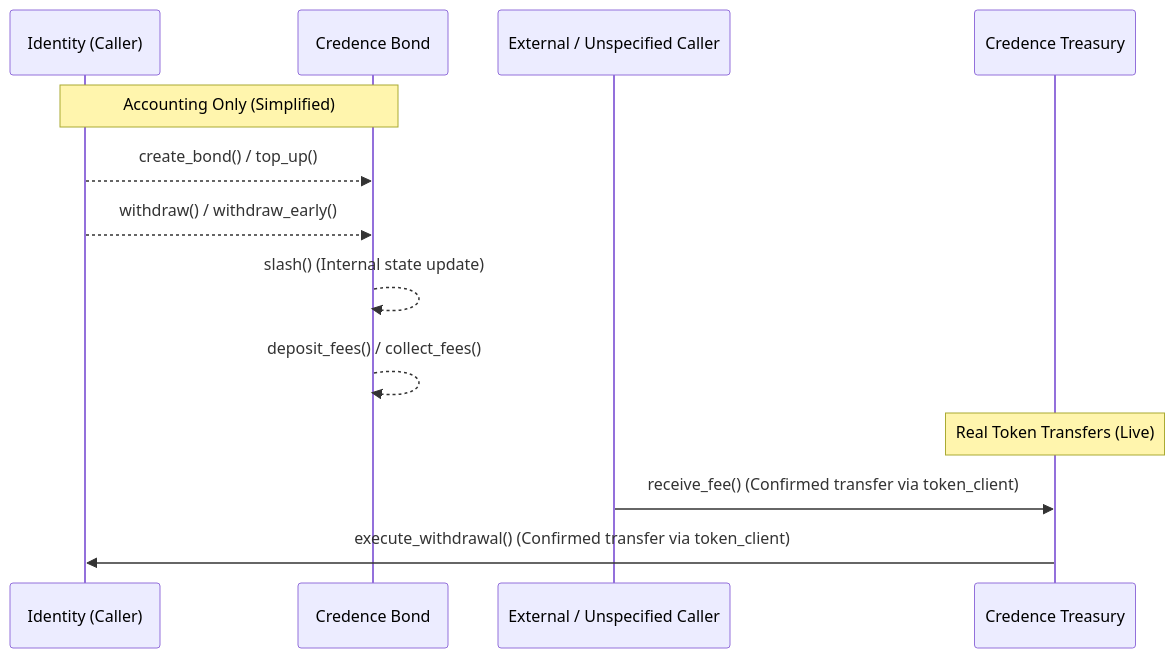
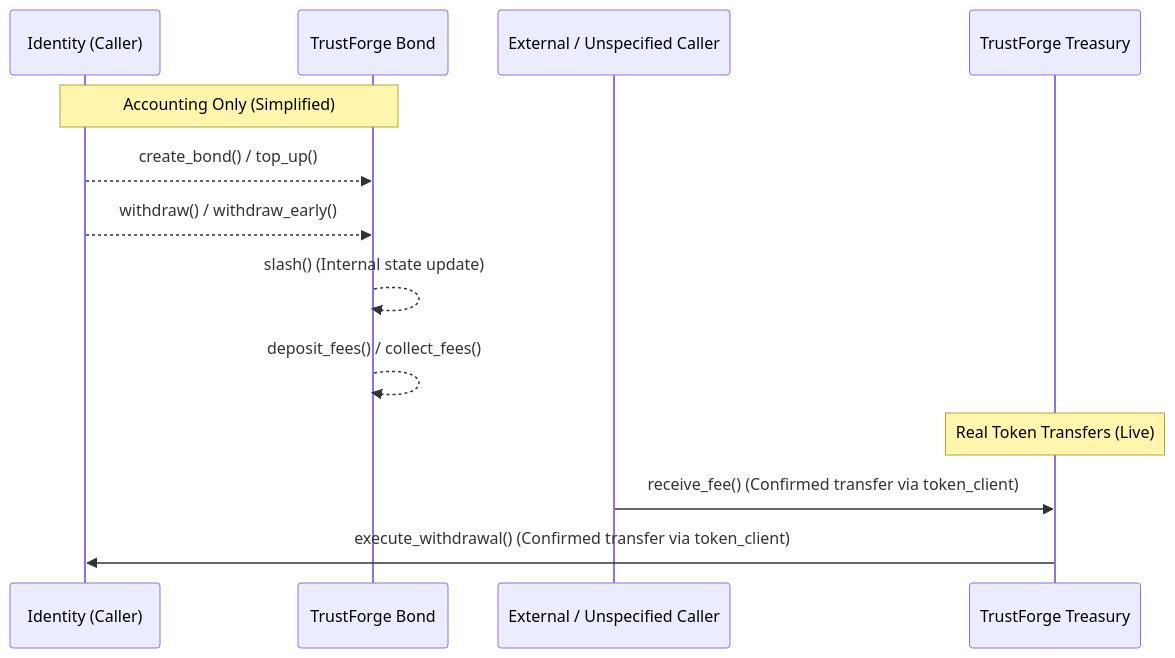
The diagram in docs/fund-flow.md (Softvaults/trustforge-contracts), drawn with Mermaid before and after one commit. The commit also changed 219 other files, not shown here.

First line of the commit message:
rebrand: complete the TrustForge identity transformation

````diff
--- a/docs/fund-flow.md
+++ b/docs/fund-flow.md
@@ -24,17 +24,17 @@
 ```mermaid
 sequenceDiagram
     participant Caller as Identity (Caller)
-    participant Bond as Credence Bond
+    participant Bond as TrustForge Bond
     participant External as External / Unspecified Caller
-    participant Treasury as Credence Treasury
+    participant Treasury as TrustForge Treasury
 
     Note over Caller, Bond: Accounting Only (Simplified)
     Caller-->>Bond: create_bond() / top_up()
     Caller-->>Bond: withdraw() / withdraw_early()
     Bond-->>Bond: slash() (Internal state update)
     Bond-->>Bond: deposit_fees() / collect_fees()
 
     Note over Treasury: Real Token Transfers (Live)
     External->>Treasury: receive_fee() (Confirmed transfer via token_client)
     Treasury->>Caller: execute_withdrawal() (Confirmed transfer via token_client)
 ```
````
